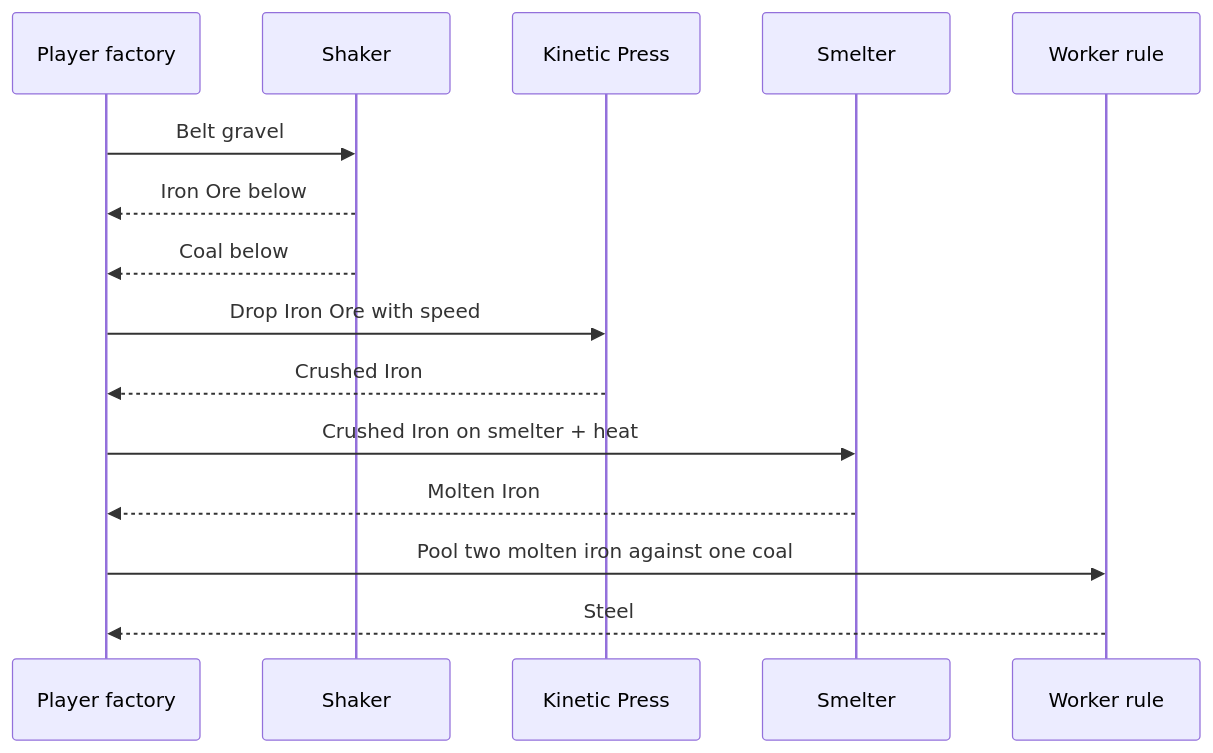
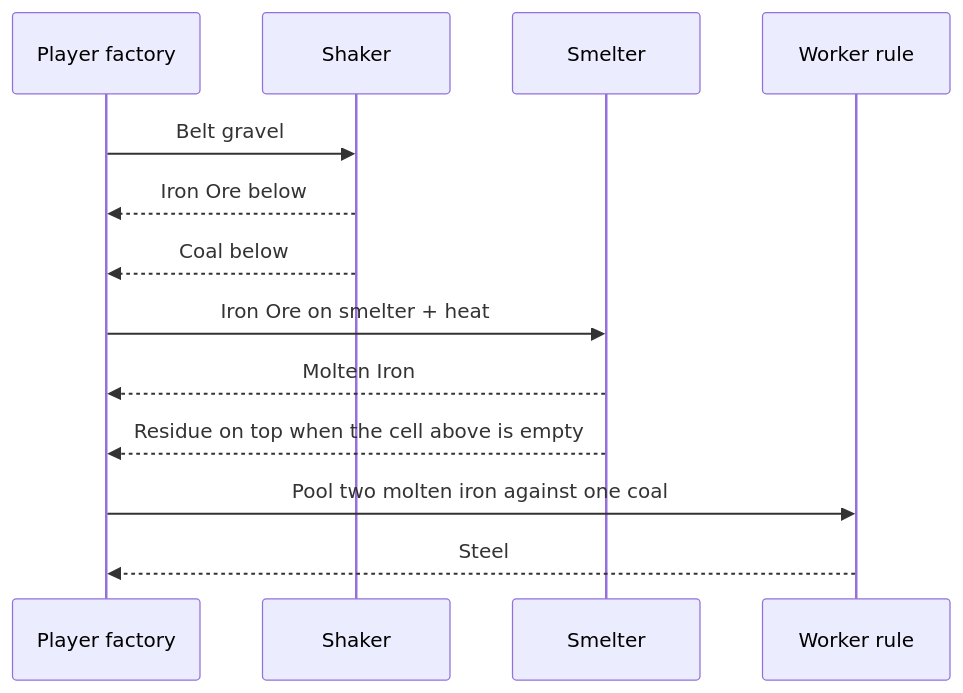
The fourth of 5 diagrams in docs/steel.md (sandustry-modding/SandustryStoneworks), drawn with Mermaid before and after one commit. The commit also changed other lines of this file and 8 other files, not shown here.

Commit message:
Cool molten iron into solid iron and surface residue on deep pools.

````diff
--- a/docs/steel.md
+++ b/docs/steel.md
@@ -83,18 +89,16 @@
 ```mermaid
 sequenceDiagram
   participant P as Player factory
   participant Sh as Shaker
-  participant Pr as Kinetic Press
   participant Sm as Smelter
   participant W as Worker rule
 
   P->>Sh: Belt gravel
   Sh-->>P: Iron Ore below
   Sh-->>P: Coal below
-  P->>Pr: Drop Iron Ore with speed
-  Pr-->>P: Crushed Iron
-  P->>Sm: Crushed Iron on smelter + heat
+  P->>Sm: Iron Ore on smelter + heat
   Sm-->>P: Molten Iron
+  Sm-->>P: Residue on top when the cell above is empty
   P->>W: Pool two molten iron against one coal
   W-->>P: Steel
 ```
````
